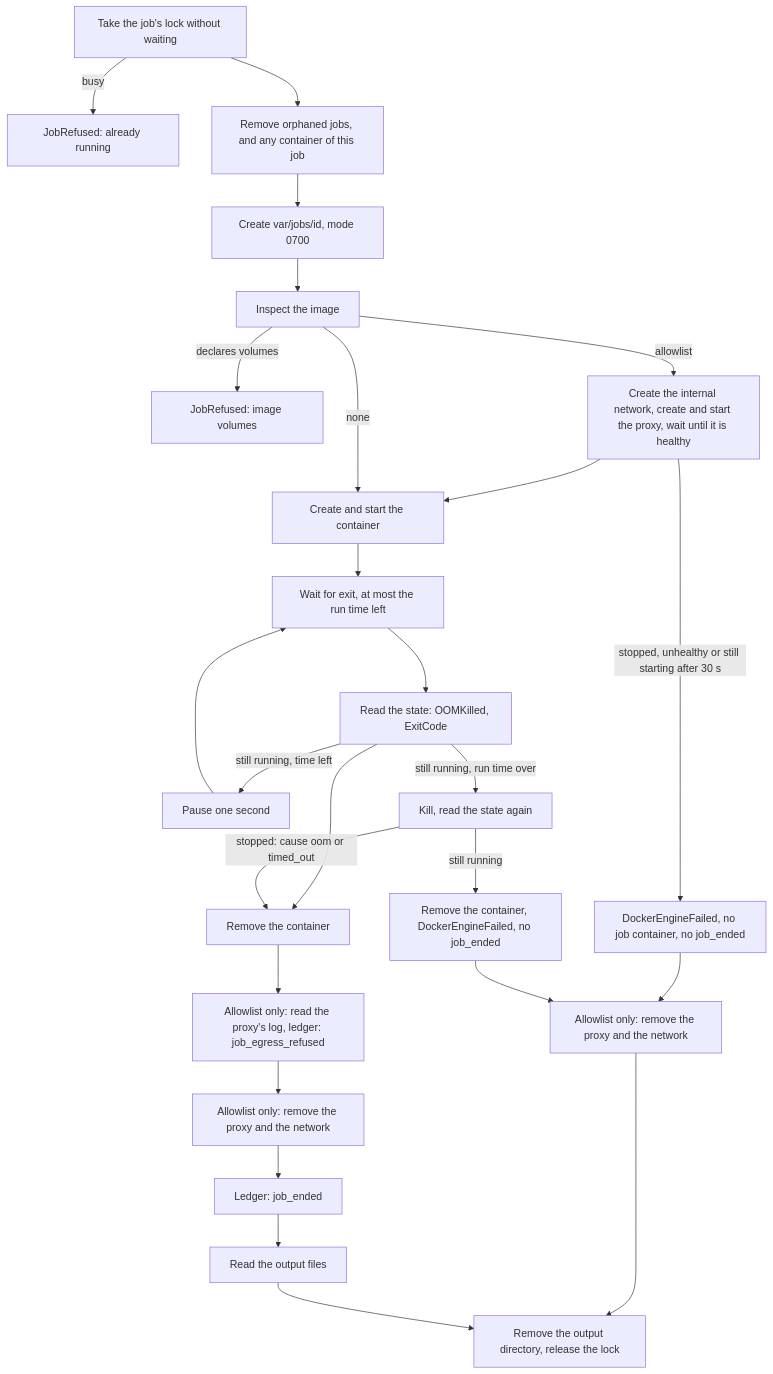
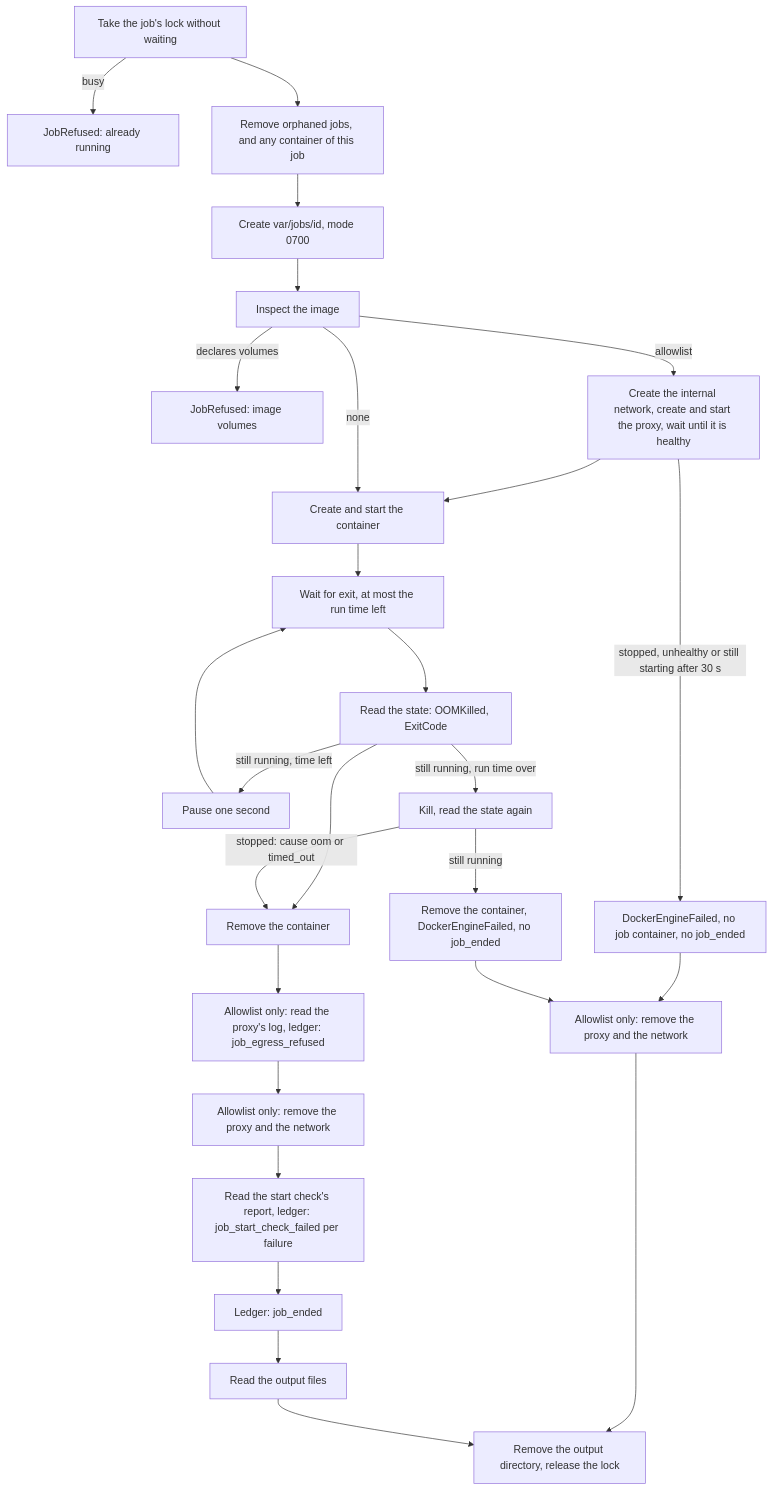
The diagram in docs/architecture/job-containers.md (shinyredapples/intakt), drawn with Mermaid before and after one commit. The commit also changed other lines of this file and 6 other files, not shown here.

Commit message:
docs(job): describe the start check, its reduced mode and the differences from the existing loop

````diff
--- a/docs/architecture/job-containers.md
+++ b/docs/architecture/job-containers.md
@@ -35,28 +37,29 @@
 ```mermaid
 flowchart TD
   lock[Take the job's lock without waiting] -->|busy| refused[JobRefused: already running]
   lock --> sweep[Remove orphaned jobs, and any container of this job]
   sweep --> prepare[Create var/jobs/id, mode 0700]
   prepare --> inspect[Inspect the image]
   inspect -->|declares volumes| volumes[JobRefused: image volumes]
   inspect -->|allowlist| open[Create the internal network, create and start the proxy, wait until it is healthy]
   open --> create
   open -->|stopped, unhealthy or still starting after 30 s| notready[DockerEngineFailed, no job container, no job_ended]
   notready --> failclose
   inspect -->|none| create[Create and start the container]
   create --> wait[Wait for exit, at most the run time left]
   wait --> state[Read the state: OOMKilled, ExitCode]
   state -->|still running, time left| pause[Pause one second]
   pause --> wait
   state -->|still running, run time over| kill[Kill, read the state again]
   state --> remove[Remove the container]
   kill -->|stopped: cause oom or timed_out| remove
   kill -->|still running| failed[Remove the container, DockerEngineFailed, no job_ended]
   failed --> failclose[Allowlist only: remove the proxy and the network]
   failclose --> clean
   remove --> refusals[Allowlist only: read the proxy's log, ledger: job_egress_refused]
   refusals --> close[Allowlist only: remove the proxy and the network]
-  close --> record[Ledger: job_ended]
+  close --> check[Read the start check's report, ledger: job_start_check_failed per failure]
+  check --> record[Ledger: job_ended]
   record --> read[Read the output files]
   read --> clean[Remove the output directory, release the lock]
 ```
````
